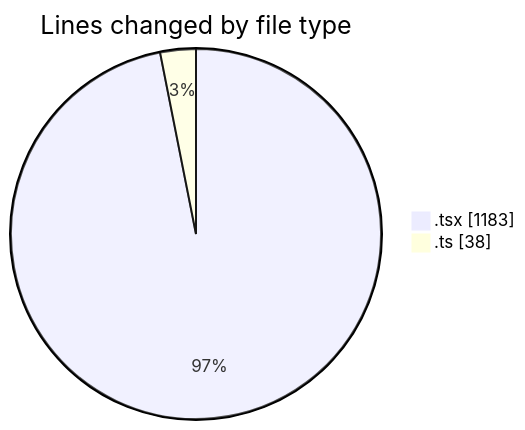
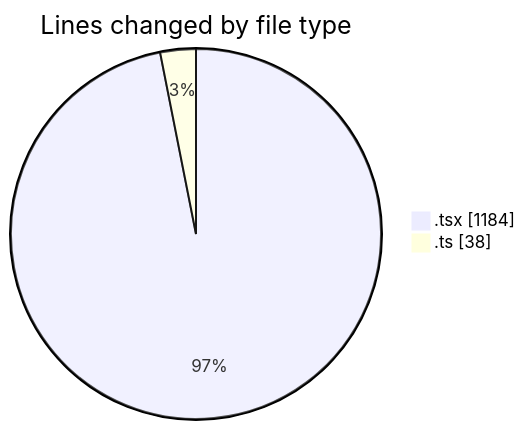
One commit to momahboobian/code-tracking changed the first of 2 diagrams in 2025-02-11/cda/README.md. Above: the diagram before and after it, drawn with Mermaid. The commit also changed other lines of this file and 1 other file, not shown here.

````diff
--- a/2025-02-11/cda/README.md
+++ b/2025-02-11/cda/README.md
@@ -23,6 +23,6 @@
 ```mermaid
 pie showData
 title Lines changed by file type
-".tsx" : 1183
+".tsx" : 1184
 ".ts" : 38
 ```
````
